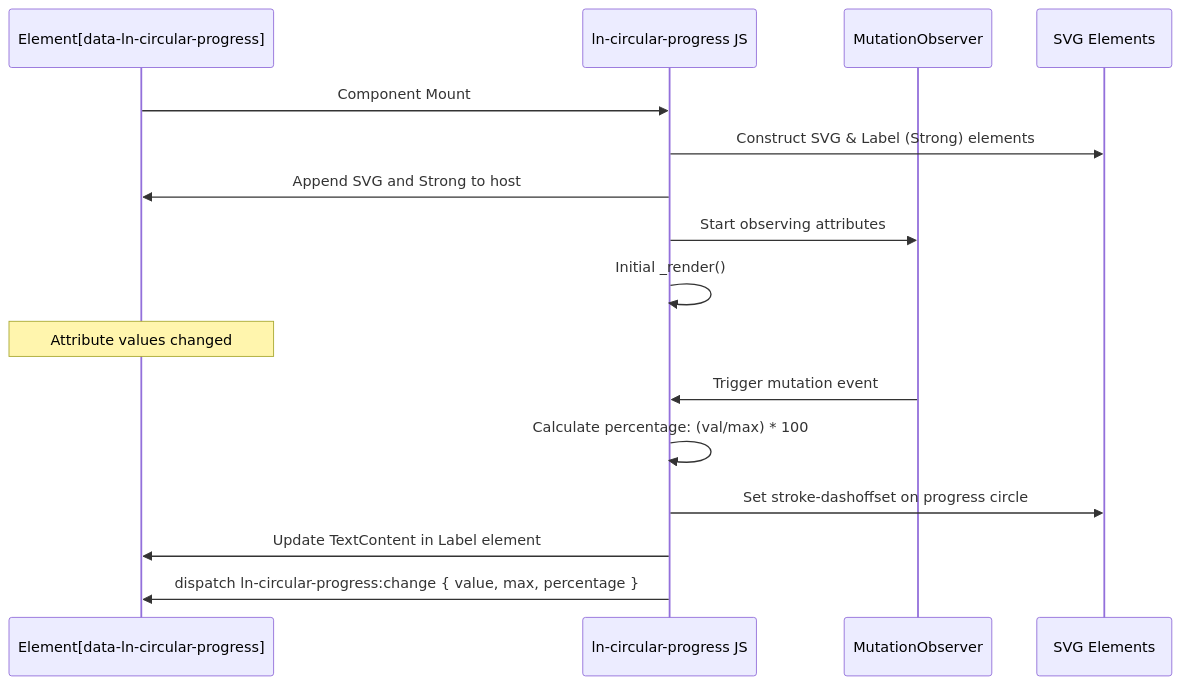
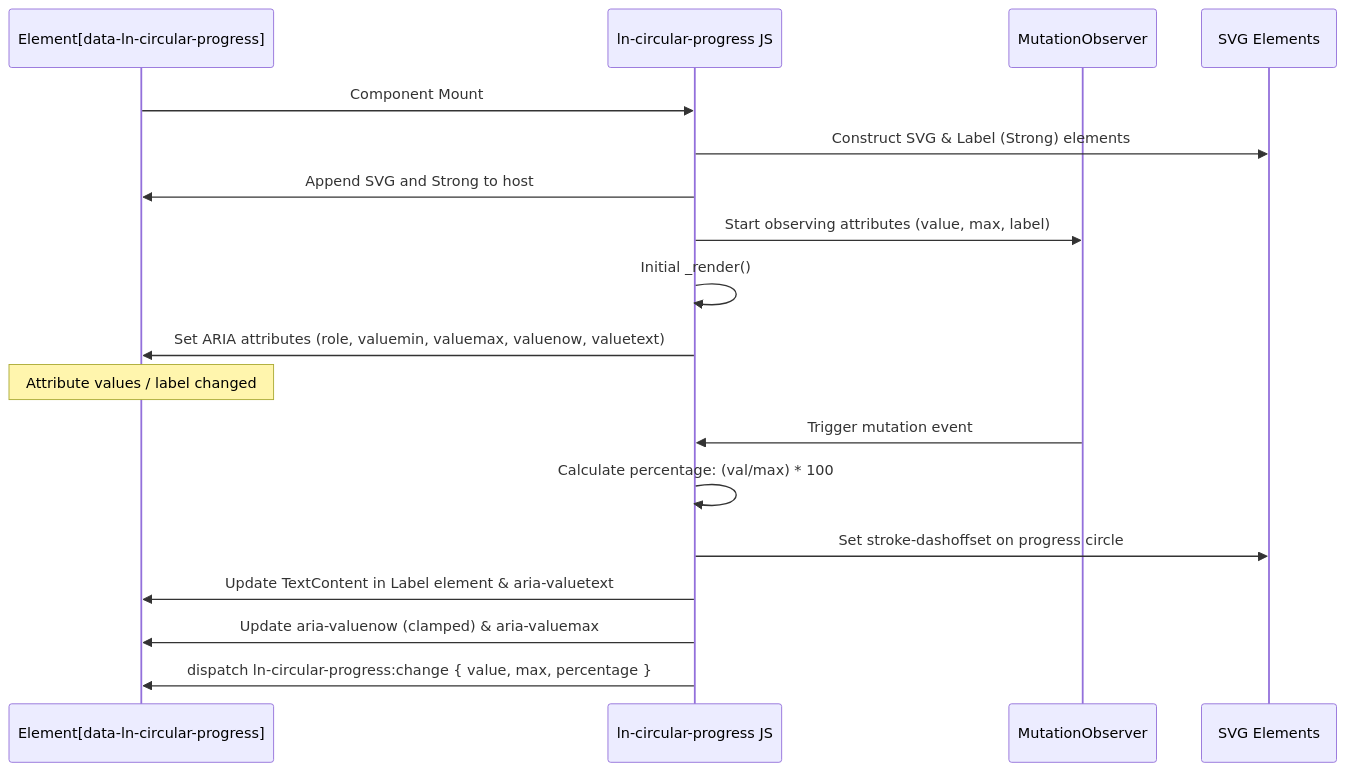
One commit to livenetworks/ln-ashlar changed the diagram in architecture_docs_draft/components/ln-circular-progress.md. Above: the diagram before and after it, drawn with Mermaid. The commit also changed other lines of this file and 5 other files, not shown here.

Commit message:
feat(circular-progress): make custom label reactive and implement native ARIA reflection

````diff
--- a/architecture_docs_draft/components/ln-circular-progress.md
+++ b/architecture_docs_draft/components/ln-circular-progress.md
@@ -105,20 +109,22 @@
 ```mermaid
 sequenceDiagram
     participant DOM as Element[data-ln-circular-progress]
     participant Progress as ln-circular-progress JS
     participant Observer as MutationObserver
     participant SVG as SVG Elements
 
     DOM->>Progress: Component Mount
     Progress->>SVG: Construct SVG & Label (Strong) elements
     Progress->>DOM: Append SVG and Strong to host
-    Progress->>Observer: Start observing attributes
+    Progress->>Observer: Start observing attributes (value, max, label)
     Progress->>Progress: Initial _render()
+    Progress->>DOM: Set ARIA attributes (role, valuemin, valuemax, valuenow, valuetext)
     
-    Note over DOM: Attribute values changed
+    Note over DOM: Attribute values / label changed
     Observer->>Progress: Trigger mutation event
     Progress->>Progress: Calculate percentage: (val/max) * 100
     Progress->>SVG: Set stroke-dashoffset on progress circle
-    Progress->>DOM: Update TextContent in Label element
+    Progress->>DOM: Update TextContent in Label element & aria-valuetext
+    Progress->>DOM: Update aria-valuenow (clamped) & aria-valuemax
     Progress->>DOM: dispatch ln-circular-progress:change { value, max, percentage }
 ```
````
